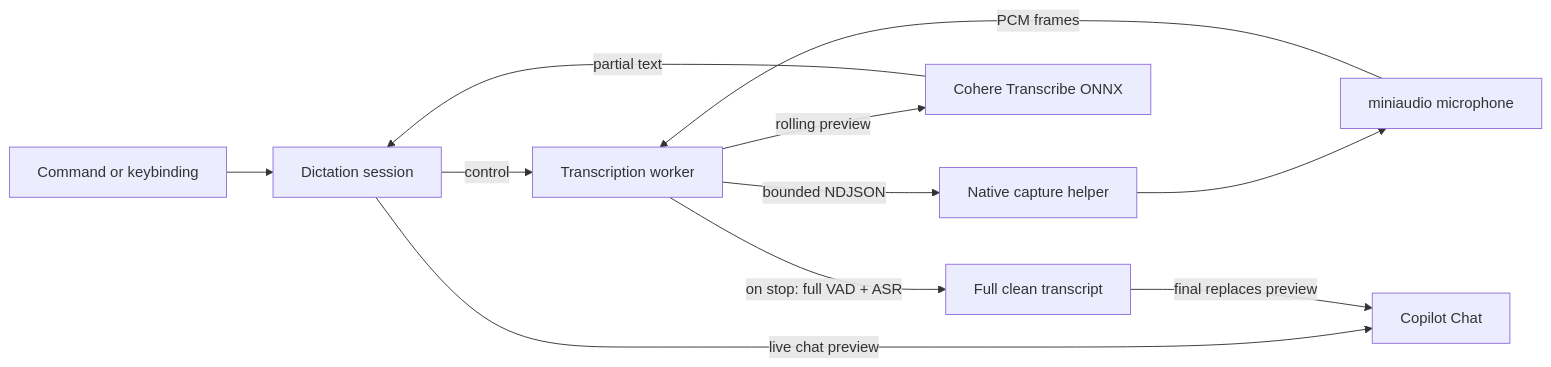
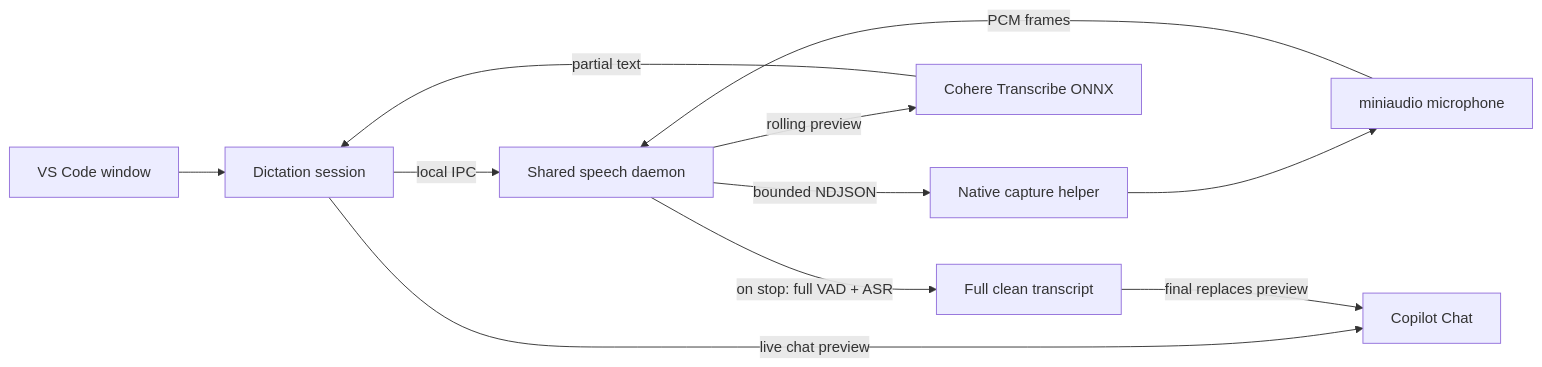
Before and after one commit to maxdewald/copilot-speech: the diagram in README.md, drawn with Mermaid. The commit also changed other lines of this file and 12 other files, not shown here.

Commit message:
feat: use shared speech daemon and add gpu support

````diff
--- a/README.md
+++ b/README.md
@@ -75,13 +76,13 @@
 ```mermaid
 flowchart LR
-	Command[Command or keybinding] --> Session[Dictation session]
-	Session -->|control| Worker[Transcription worker]
-	Worker -->|bounded NDJSON| Helper[Native capture helper]
+	Window[VS Code window] --> Session[Dictation session]
+	Session -->|local IPC| Daemon[Shared speech daemon]
+	Daemon -->|bounded NDJSON| Helper[Native capture helper]
 	Helper --> Capture[miniaudio microphone]
-	Capture -->|PCM frames| Worker
-	Worker -->|rolling preview| CoherePreview[Cohere Transcribe ONNX]
+	Capture -->|PCM frames| Daemon
+	Daemon -->|rolling preview| CoherePreview[Cohere Transcribe ONNX]
 	CoherePreview -->|partial text| Session
 	Session -->|live chat preview| Chat[Copilot Chat]
-	Worker -->|on stop: full VAD + ASR| CohereFinal[Full clean transcript]
+	Daemon -->|on stop: full VAD + ASR| CohereFinal[Full clean transcript]
 	CohereFinal -->|final replaces preview| Chat
 ```
````
